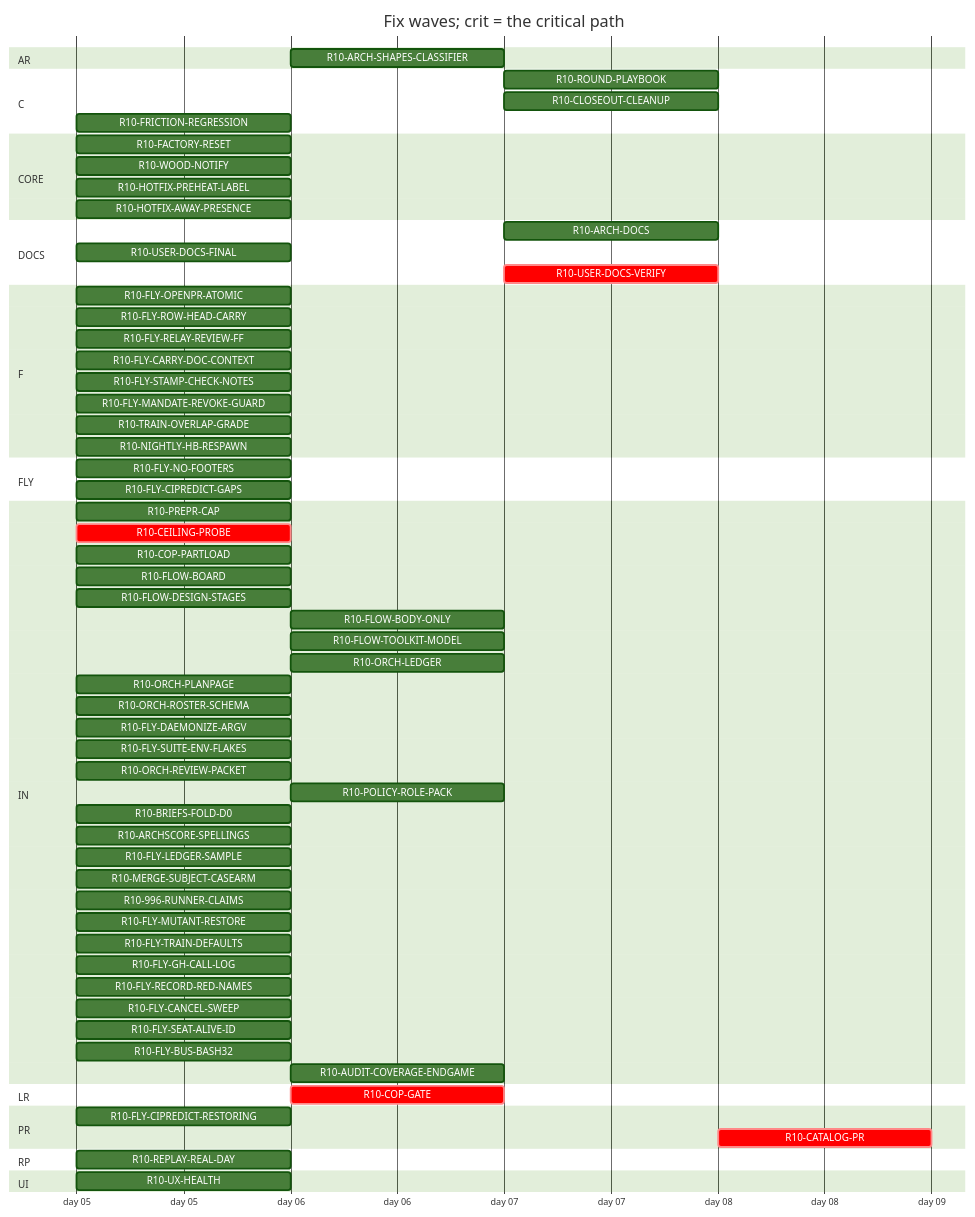
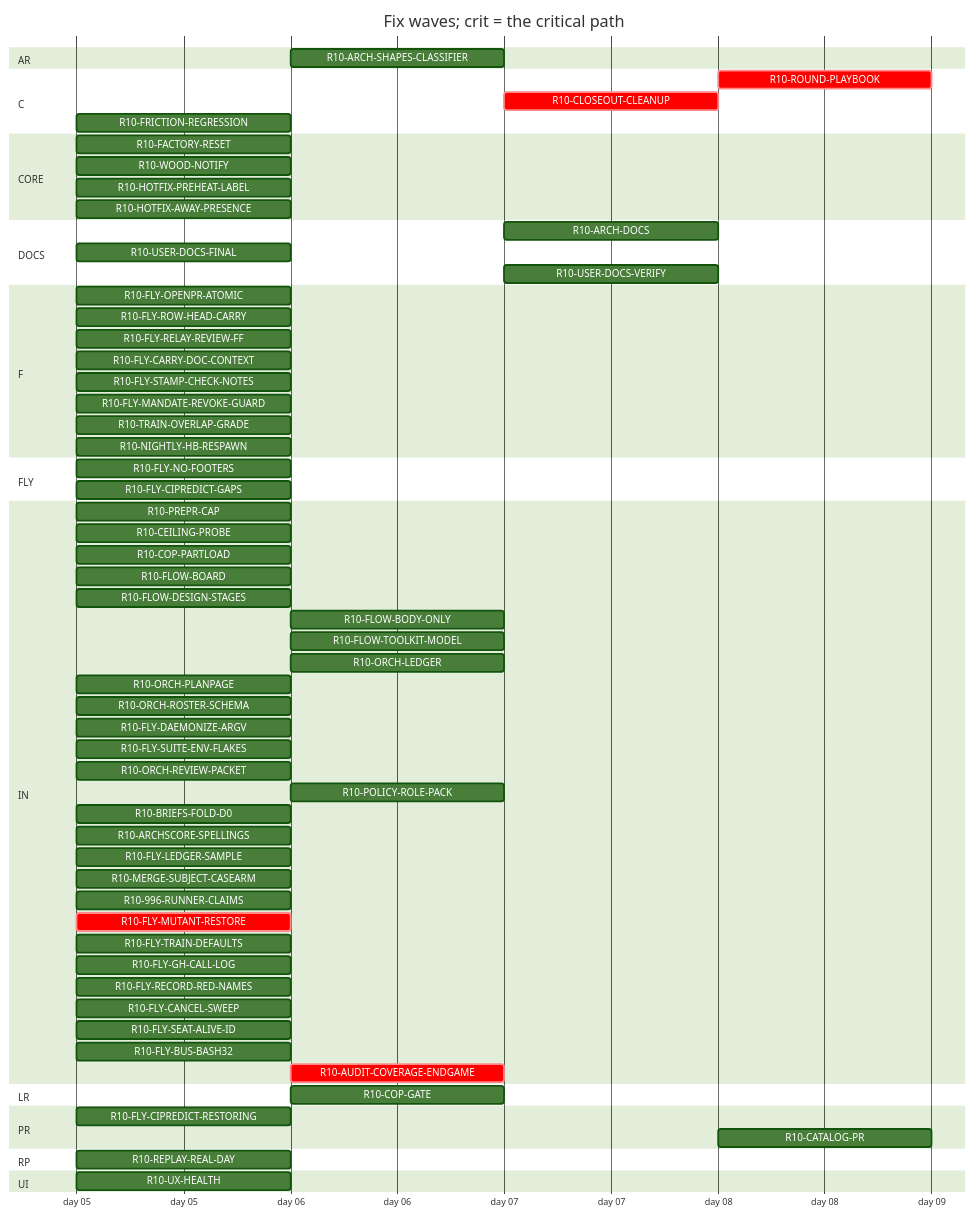
The diagram in handoff/round10/state/PLAN-TABLE.md (tvofi/heatpump_optimizer), drawn with Mermaid (forest theme) before and after one commit. The commit also changed other lines of this file and 2 other files, not shown here.

Commit message:
state: FLOW-BOARD.md, NEXT-SESSION-PROMPT.md, PLAN-TABLE.md, RESUME-CURRENT.md regenerated (state_docs.py)

````diff
--- a/handoff/round10/state/PLAN-TABLE.md
+++ b/handoff/round10/state/PLAN-TABLE.md
@@ -24,70 +24,70 @@
 ```mermaid
 gantt
   title Fix waves; crit = the critical path
   dateFormat YYYY-MM-DD
   axisFormat day %d
   section AR
     R10-ARCH-SHAPES-CLASSIFIER :r10ARCHSHAPESCLASSIFIER, after r10996RUNNERCLAIMS, 1d
   section C
-    R10-ROUND-PLAYBOOK :r10ROUNDPLAYBOOK, after r10ORCHLEDGER r10ORCHPLANPAGE r10FLYRELAYREVIEWFF r10FLOWBODYONLY r10AUDITCOVERAGEENDGAME, 1d
-    R10-CLOSEOUT-CLEANUP :r10CLOSEOUTCLEANUP, after r10AUDITCOVERAGEENDGAME, 1d
+    R10-ROUND-PLAYBOOK :crit, r10ROUNDPLAYBOOK, after r10ORCHLEDGER r10ORCHPLANPAGE r10FLYRELAYREVIEWFF r10FLOWBODYONLY r10AUDITCOVERAGEENDGAME r10FLOWDESIGNSTAGES r10ORCHROSTERSCHEMA r10FLOWTOOLKITMODEL r10TRAINOVERLAPGRADE r10FLYTRAINDEFAULTS r10FLYCANCELSWEEP r10POLICYROLEPACK r10ORCHREVIEWPACKET r10FLOWBOARD r10CLOSEOUTCLEANUP, 1d
+    R10-CLOSEOUT-CLEANUP :crit, r10CLOSEOUTCLEANUP, after r10AUDITCOVERAGEENDGAME, 1d
     R10-FRICTION-REGRESSION :r10FRICTIONREGRESSION, 2026-01-05, 1d
   section CORE
     R10-FACTORY-RESET :r10FACTORYRESET, 2026-01-05, 1d
     R10-WOOD-NOTIFY :r10WOODNOTIFY, 2026-01-05, 1d
     R10-HOTFIX-PREHEAT-LABEL :r10HOTFIXPREHEATLABEL, 2026-01-05, 1d
     R10-HOTFIX-AWAY-PRESENCE :r10HOTFIXAWAYPRESENCE, 2026-01-05, 1d
   section DOCS
     R10-ARCH-DOCS :r10ARCHDOCS, after r10COPGATE r10UXHEALTH r10CEILINGPROBE r10COPPARTLOAD r10FLOWBOARD r10FLOWDESIGNSTAGES r10FLOWBODYONLY r10FLYOPENPRATOMIC r10FLYROWHEADCARRY r10FLYRELAYREVIEWFF r10FLYCARRYDOCCONTEXT r10FLOWTOOLKITMODEL r10FLYSTAMPCHECKNOTES r10FLYMANDATEREVOKEGUARD r10TRAINOVERLAPGRADE r10NIGHTLYHBRESPAWN r10ORCHLEDGER r10ORCHPLANPAGE r10ORCHROSTERSCHEMA r10FLYDAEMONIZEARGV r10ORCHREVIEWPACKET r10POLICYROLEPACK r10BRIEFSFOLDD0 r10REPLAYREALDAY r10ARCHSCORESPELLINGS r10FLYLEDGERSAMPLE, 1d
     R10-USER-DOCS-FINAL :r10USERDOCSFINAL, 2026-01-05, 1d
-    R10-USER-DOCS-VERIFY :crit, r10USERDOCSVERIFY, after r10COPGATE r10UXHEALTH r10CEILINGPROBE r10COPPARTLOAD r10FACTORYRESET r10WOODNOTIFY r10USERDOCSFINAL r10ARCHSHAPESCLASSIFIER r10HOTFIXAWAYPRESENCE, 1d
+    R10-USER-DOCS-VERIFY :r10USERDOCSVERIFY, after r10COPGATE r10UXHEALTH r10CEILINGPROBE r10COPPARTLOAD r10FACTORYRESET r10WOODNOTIFY r10USERDOCSFINAL r10ARCHSHAPESCLASSIFIER r10HOTFIXAWAYPRESENCE, 1d
   section F
     R10-FLY-OPENPR-ATOMIC :r10FLYOPENPRATOMIC, 2026-01-05, 1d
     R10-FLY-ROW-HEAD-CARRY :r10FLYROWHEADCARRY, 2026-01-05, 1d
     R10-FLY-RELAY-REVIEW-FF :r10FLYRELAYREVIEWFF, 2026-01-05, 1d
     R10-FLY-CARRY-DOC-CONTEXT :r10FLYCARRYDOCCONTEXT, 2026-01-05, 1d
     R10-FLY-STAMP-CHECK-NOTES :r10FLYSTAMPCHECKNOTES, 2026-01-05, 1d
     R10-FLY-MANDATE-REVOKE-GUARD :r10FLYMANDATEREVOKEGUARD, 2026-01-05, 1d
     R10-TRAIN-OVERLAP-GRADE :r10TRAINOVERLAPGRADE, 2026-01-05, 1d
     R10-NIGHTLY-HB-RESPAWN :r10NIGHTLYHBRESPAWN, 2026-01-05, 1d
   section FLY
     R10-FLY-NO-FOOTERS :r10FLYNOFOOTERS, 2026-01-05, 1d
     R10-FLY-CIPREDICT-GAPS :r10FLYCIPREDICTGAPS, 2026-01-05, 1d
   section IN
     R10-PREPR-CAP :r10PREPRCAP, 2026-01-05, 1d
-    R10-CEILING-PROBE :crit, r10CEILINGPROBE, 2026-01-05, 1d
+    R10-CEILING-PROBE :r10CEILINGPROBE, 2026-01-05, 1d
     R10-COP-PARTLOAD :r10COPPARTLOAD, 2026-01-05, 1d
     R10-FLOW-BOARD :r10FLOWBOARD, 2026-01-05, 1d
     R10-FLOW-DESIGN-STAGES :r10FLOWDESIGNSTAGES, 2026-01-05, 1d
     R10-FLOW-BODY-ONLY :r10FLOWBODYONLY, after r10FLYOPENPRATOMIC, 1d
     R10-FLOW-TOOLKIT-MODEL :r10FLOWTOOLKITMODEL, after r10ORCHPLANPAGE r10FLYCANCELSWEEP, 1d
     R10-ORCH-LEDGER :r10ORCHLEDGER, after r10FLYCANCELSWEEP, 1d
     R10-ORCH-PLANPAGE :r10ORCHPLANPAGE, 2026-01-05, 1d
     R10-ORCH-ROSTER-SCHEMA :r10ORCHROSTERSCHEMA, 2026-01-05, 1d
     R10-FLY-DAEMONIZE-ARGV :r10FLYDAEMONIZEARGV, 2026-01-05, 1d
     R10-FLY-SUITE-ENV-FLAKES :r10FLYSUITEENVFLAKES, 2026-01-05, 1d
     R10-ORCH-REVIEW-PACKET :r10ORCHREVIEWPACKET, 2026-01-05, 1d
     R10-POLICY-ROLE-PACK :r10POLICYROLEPACK, after r10FLOWDESIGNSTAGES, 1d
     R10-BRIEFS-FOLD-D0 :r10BRIEFSFOLDD0, 2026-01-05, 1d
     R10-ARCHSCORE-SPELLINGS :r10ARCHSCORESPELLINGS, 2026-01-05, 1d
     R10-FLY-LEDGER-SAMPLE :r10FLYLEDGERSAMPLE, 2026-01-05, 1d
     R10-MERGE-SUBJECT-CASEARM :r10MERGESUBJECTCASEARM, 2026-01-05, 1d
     R10-996-RUNNER-CLAIMS :r10996RUNNERCLAIMS, 2026-01-05, 1d
-    R10-FLY-MUTANT-RESTORE :r10FLYMUTANTRESTORE, 2026-01-05, 1d
+    R10-FLY-MUTANT-RESTORE :crit, r10FLYMUTANTRESTORE, 2026-01-05, 1d
     R10-FLY-TRAIN-DEFAULTS :r10FLYTRAINDEFAULTS, 2026-01-05, 1d
     R10-FLY-GH-CALL-LOG :r10FLYGHCALLLOG, 2026-01-05, 1d
     R10-FLY-RECORD-RED-NAMES :r10FLYRECORDREDNAMES, 2026-01-05, 1d
     R10-FLY-CANCEL-SWEEP :r10FLYCANCELSWEEP, 2026-01-05, 1d
     R10-FLY-SEAT-ALIVE-ID :r10FLYSEATALIVEID, 2026-01-05, 1d
     R10-FLY-BUS-BASH32 :r10FLYBUSBASH32, 2026-01-05, 1d
-    R10-AUDIT-COVERAGE-ENDGAME :r10AUDITCOVERAGEENDGAME, after r10FLYMUTANTRESTORE r10996RUNNERCLAIMS, 1d
+    R10-AUDIT-COVERAGE-ENDGAME :crit, r10AUDITCOVERAGEENDGAME, after r10FLYMUTANTRESTORE r10996RUNNERCLAIMS, 1d
   section LR
-    R10-COP-GATE :crit, r10COPGATE, after r10CEILINGPROBE, 1d
+    R10-COP-GATE :r10COPGATE, after r10CEILINGPROBE, 1d
   section PR
     R10-FLY-CIPREDICT-RESTORING :r10FLYCIPREDICTRESTORING, 2026-01-05, 1d
-    R10-CATALOG-PR :crit, r10CATALOGPR, after r10USERDOCSVERIFY r10AUDITCOVERAGEENDGAME, 1d
+    R10-CATALOG-PR :r10CATALOGPR, after r10USERDOCSVERIFY r10AUDITCOVERAGEENDGAME, 1d
   section RP
     R10-REPLAY-REAL-DAY :r10REPLAYREALDAY, 2026-01-05, 1d
   section UI
     R10-UX-HEALTH :r10UXHEALTH, 2026-01-05, 1d
 ```
````
